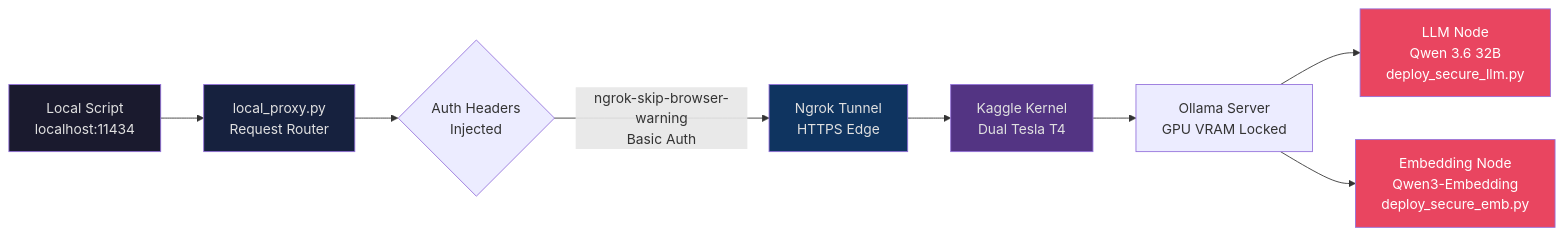
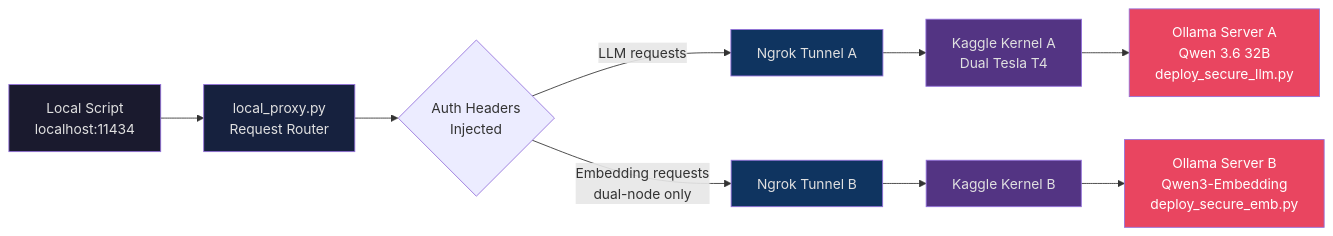
One commit to Shreyash-Gaur/ShadowGPU changed the diagram in README.md. Above: the diagram before and after it, drawn with Mermaid. The commit also changed other lines of this file, not shown here.

````diff
--- a/README.md
+++ b/README.md
@@ -13,17 +13,22 @@
 ```mermaid
 graph LR
     A[Local Script<br/>localhost:11434] --> B[local_proxy.py<br/>Request Router]
     B --> C{Auth Headers<br/>Injected}
-    C -->|ngrok-skip-browser-warning<br/>Basic Auth| D[Ngrok Tunnel<br/>HTTPS Edge]
-    D --> E[Kaggle Kernel<br/>Dual Tesla T4]
-    E --> F[Ollama Server<br/>GPU VRAM Locked]
-    F --> G[LLM Node<br/>Qwen 3.6 32B<br/>deploy_secure_llm.py]
-    F --> H[Embedding Node<br/>Qwen3-Embedding<br/>deploy_secure_emb.py]
+
+    C -->|LLM requests| D1[Ngrok Tunnel A]
+    D1 --> E1[Kaggle Kernel A<br/>Dual Tesla T4]
+    E1 --> F1[Ollama Server A<br/>Qwen 3.6 32B<br/>deploy_secure_llm.py]
+
+    C -->|Embedding requests<br/>dual-node only| D2[Ngrok Tunnel B]
+    D2 --> E2[Kaggle Kernel B]
+    E2 --> F2[Ollama Server B<br/>Qwen3-Embedding<br/>deploy_secure_emb.py]
 
     style A fill:#1a1a2e,color:#e0e0e0
     style B fill:#16213e,color:#e0e0e0
-    style D fill:#0f3460,color:#e0e0e0
-    style E fill:#533483,color:#e0e0e0
-    style G fill:#e94560,color:#fff
-    style H fill:#e94560,color:#fff
+    style D1 fill:#0f3460,color:#e0e0e0
+    style D2 fill:#0f3460,color:#e0e0e0
+    style E1 fill:#533483,color:#e0e0e0
+    style E2 fill:#533483,color:#e0e0e0
+    style F1 fill:#e94560,color:#fff
+    style F2 fill:#e94560,color:#fff
 ```
````
